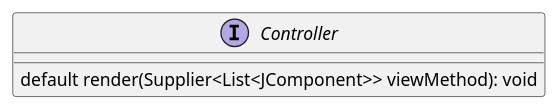
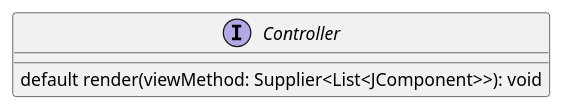
The diagram in src/uml/common/Controller.puml (GiulianoPoeta99/tpi-gestor-academico), drawn with PlantUML before and after one commit. The commit also changed 10 other files, not shown here.

Commit message:
se corrigio nomenclatura de uml

```diff
--- a/src/uml/common/Controller.puml
+++ b/src/uml/common/Controller.puml
@@ -1,7 +1,7 @@
 @startuml
 
 interface Controller {
-    default render(Supplier<List<JComponent>> viewMethod): void
+    default render(viewMethod: Supplier<List<JComponent>>): void
 }
 
 @enduml
```
